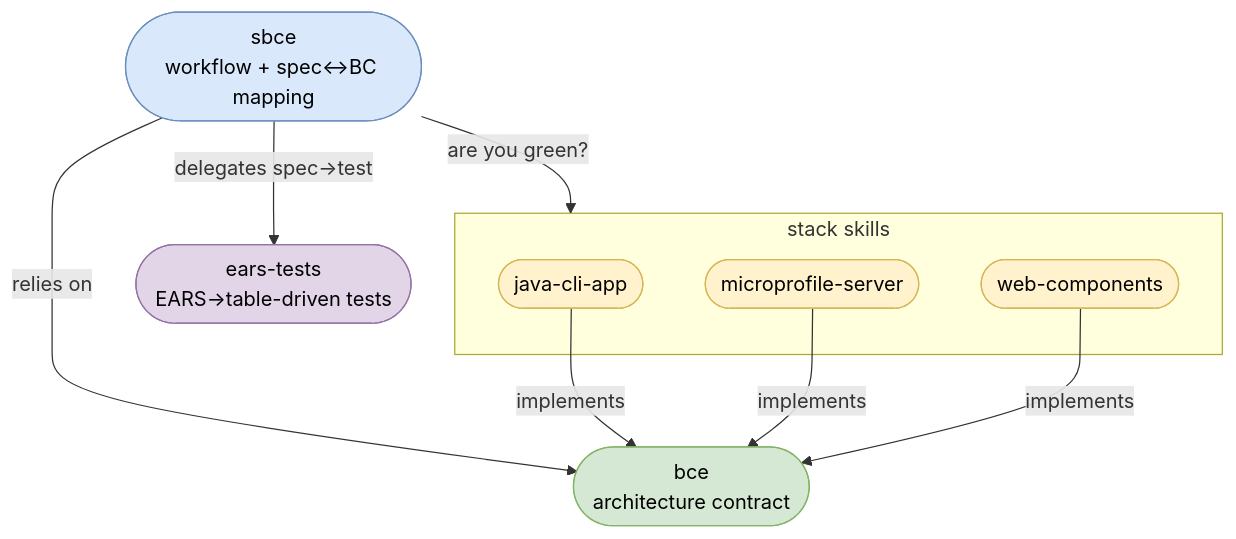
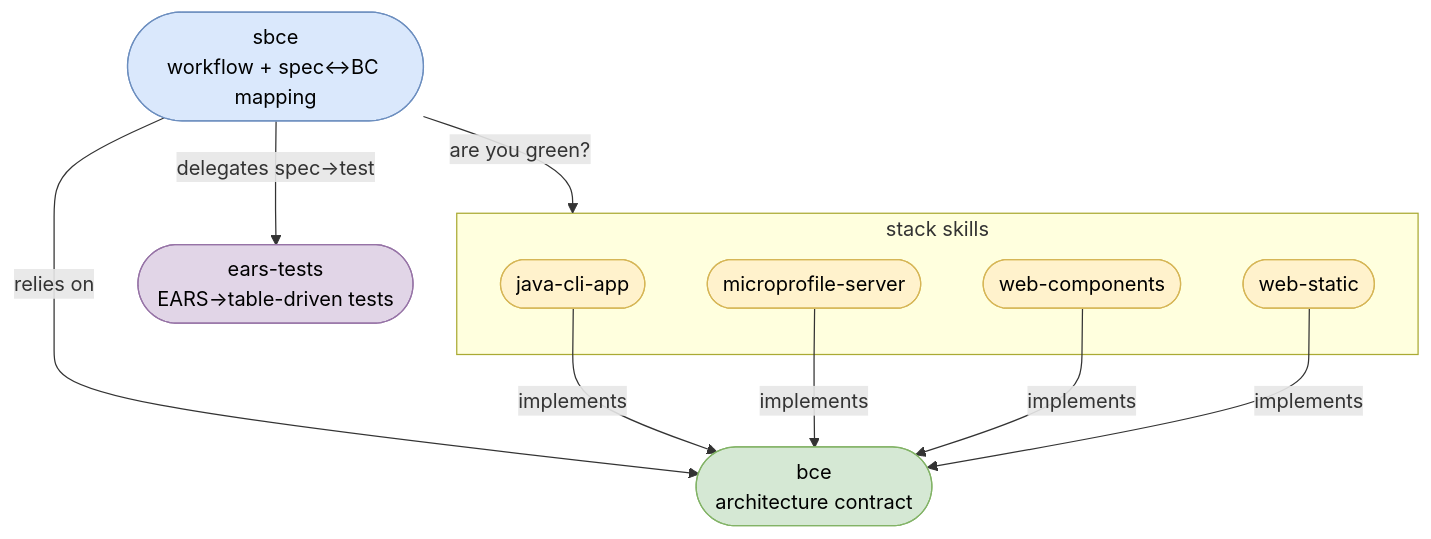
One commit to AdamBien/airails changed the diagram in bce/sbce/README.md. Above: the diagram before and after it, drawn with Mermaid. The commit also changed other lines of this file, not shown here.

Commit message:
diagram updated with web-static

````diff
--- a/bce/sbce/README.md
+++ b/bce/sbce/README.md
@@ -35,28 +36,30 @@
 ```mermaid
 graph TD
     SBCE([sbce<br>workflow + spec↔BC mapping])
     BCE([bce<br>architecture contract])
     EARS([ears-tests<br>EARS→table-driven tests])
 
     subgraph StackSkills[stack skills]
         JavaCli([java-cli-app])
         MicroProfile([microprofile-server])
         WebComponents([web-components])
+        WebStatic([web-static])
     end
 
     SBCE -->|relies on| BCE
     SBCE -->|delegates spec→test| EARS
     SBCE -->|"are you green?"| StackSkills
     JavaCli -->|implements| BCE
     MicroProfile -->|implements| BCE
     WebComponents -->|implements| BCE
+    WebStatic -->|implements| BCE
 
     classDef workflow fill:#dae8fc,stroke:#6c8ebf,color:#000
     classDef contract fill:#d5e8d4,stroke:#82b366,color:#000
     classDef transform fill:#e1d5e7,stroke:#9673a6,color:#000
     classDef stack fill:#fff2cc,stroke:#d6b656,color:#000
     class SBCE workflow
     class BCE contract
     class EARS transform
-    class JavaCli,MicroProfile,WebComponents stack
+    class JavaCli,MicroProfile,WebComponents,WebStatic stack
 ```
````
